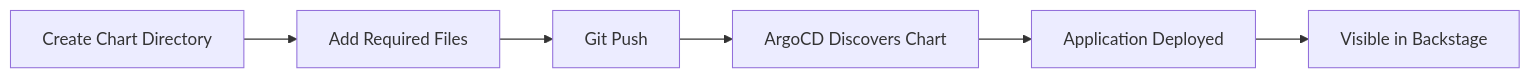
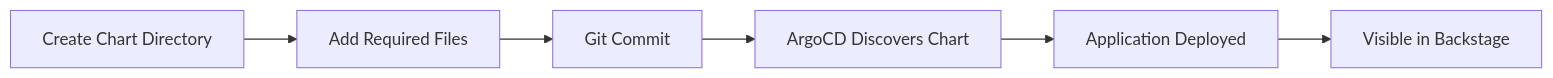
The diagram in docs/guides/adding-helm-charts.md (BillyMichael/local-developer-platform), drawn with Mermaid before and after one commit. The commit also changed other lines of this file and 9 other files, not shown here.

````diff
--- a/docs/guides/adding-helm-charts.md
+++ b/docs/guides/adding-helm-charts.md
@@ -7,8 +7,8 @@
 ```mermaid
 graph LR
     A[Create Chart Directory] --> B[Add Required Files]
-    B --> C[Git Push]
+    B --> C[Git Commit]
     C --> D[ArgoCD Discovers Chart]
     D --> E[Application Deployed]
     E --> F[Visible in Backstage]
 ```
````
